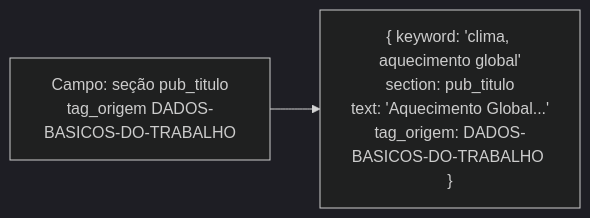
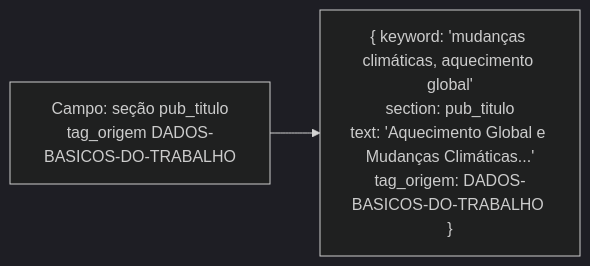
Before and after one commit to frederico-mello/cv-ods-classifier: the fourth of 5 diagrams in docs/03-modelo-de-dados.md, drawn with Mermaid (dark theme). The commit also changed other lines of this file and 6 other files, not shown here.

````diff
--- a/docs/03-modelo-de-dados.md
+++ b/docs/03-modelo-de-dados.md
@@ -184,5 +222,5 @@
 ```mermaid
 flowchart LR
     C["Campo: seção pub_titulo<br/>tag_origem DADOS-BASICOS-DO-TRABALHO"] --> E["Evidência"]
-    E["{ keyword: 'clima, aquecimento global'<br/>section: pub_titulo<br/>text: 'Aquecimento Global...'<br/>tag_origem: DADOS-BASICOS-DO-TRABALHO }"]
+    E["{ keyword: 'mudanças climáticas, aquecimento global'<br/>section: pub_titulo<br/>text: 'Aquecimento Global e Mudanças Climáticas...'<br/>tag_origem: DADOS-BASICOS-DO-TRABALHO }"]
 ```
````
